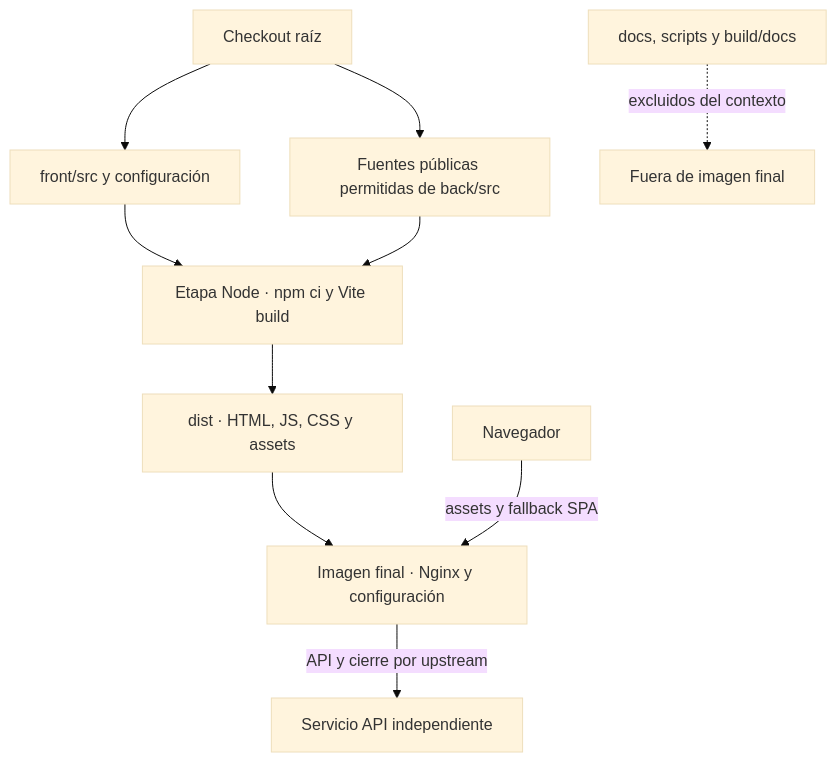
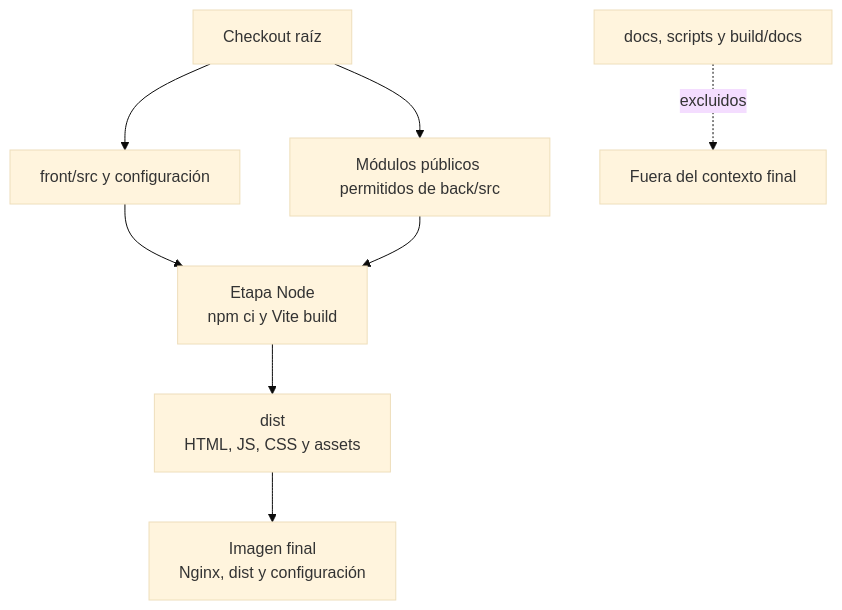
One commit to gpgsistemas01/nexus changed the second of 3 diagrams in front/docs/architecture/views/physical/runtime-and-build.md. Above: the diagram before and after it, drawn with Mermaid (base theme). The commit also changed other lines of this file and 227 other files, not shown here.

Commit message:
docs: detallar arquitectura y modelos de datos del frontend Vue

````diff
--- a/front/docs/architecture/views/physical/runtime-and-build.md
+++ b/front/docs/architecture/views/physical/runtime-and-build.md
@@ -19,12 +28,10 @@
 ```mermaid
 flowchart TB
     checkout["Checkout raíz"] --> vue["front/src y configuración"]
-    checkout --> shared["Fuentes públicas permitidas de back/src"]
-    vue --> build["Etapa Node · npm ci y Vite build"]
+    checkout --> shared["Módulos públicos permitidos de back/src"]
+    vue --> build["Etapa Node<br/>npm ci y Vite build"]
     shared --> build
-    build --> dist["dist · HTML, JS, CSS y assets"]
-    dist --> nginx["Imagen final · Nginx y configuración"]
-    browser["Navegador"] -->|assets y fallback SPA| nginx
-    nginx -->|API y cierre por upstream| api["Servicio API independiente"]
-    docs["docs, scripts y build/docs"] -. excluidos del contexto .-> excluded["Fuera de imagen final"]
+    build --> dist["dist<br/>HTML, JS, CSS y assets"]
+    dist --> image["Imagen final<br/>Nginx, dist y configuración"]
+    docs["docs, scripts y build/docs"] -. excluidos .-> excluded["Fuera del contexto final"]
 ```
````
